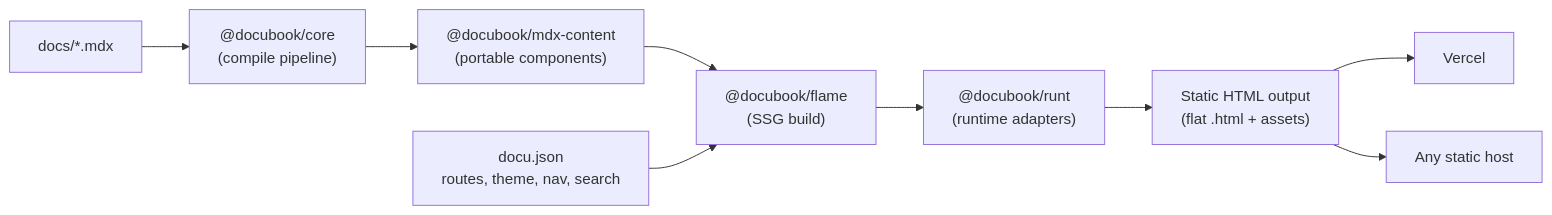
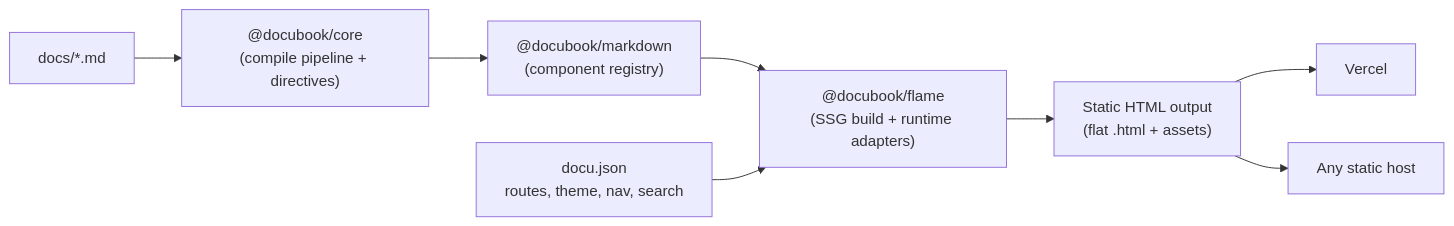
The first of 2 diagrams in ARCHITECTURE.md (DocuBook/docubook), drawn with Mermaid before and after one commit. The commit also changed other lines of this file and 1 other file, not shown here.

First line of the commit message:
docs: v2 README & ARCHITECTURE update to current codebase (#348)

````diff
--- a/ARCHITECTURE.md
+++ b/ARCHITECTURE.md
@@ -48,13 +54,12 @@
 ```mermaid
 flowchart LR
-    A["docs/*.mdx"] --> B["@docubook/core<br/>(compile pipeline)"]
-    B --> C["@docubook/mdx-content<br/>(portable components)"]
-    C --> D["@docubook/flame<br/>(SSG build)"]
+    A["docs/*.md"] --> B["@docubook/core<br/>(compile pipeline + directives)"]
+    B --> C["@docubook/markdown<br/>(component registry)"]
+    C --> D["@docubook/flame<br/>(SSG build + runtime adapters)"]
 
     E["docu.json<br/>routes, theme, nav, search"] --> D
 
-    D --> F["@docubook/runt<br/>(runtime adapters)"]
-    F --> G["Static HTML output<br/>(flat .html + assets)"]
-    G --> H["Vercel"]
-    G --> I["Any static host"]
+    D --> F["Static HTML output<br/>(flat .html + assets)"]
+    F --> G["Vercel"]
+    F --> H["Any static host"]
 ```
````
